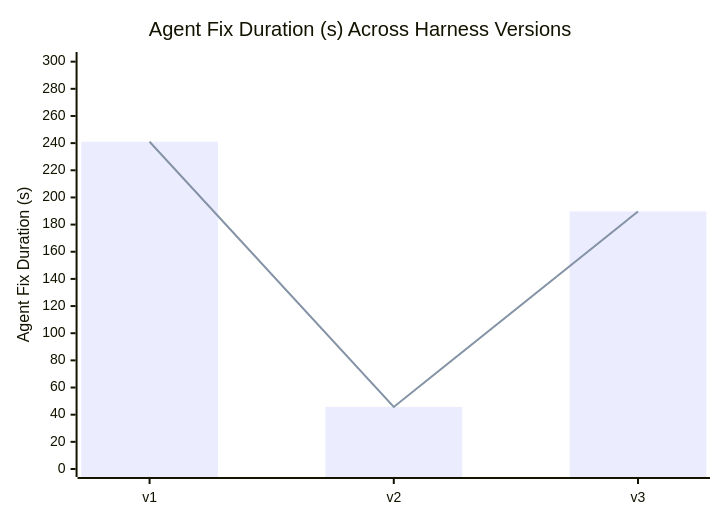
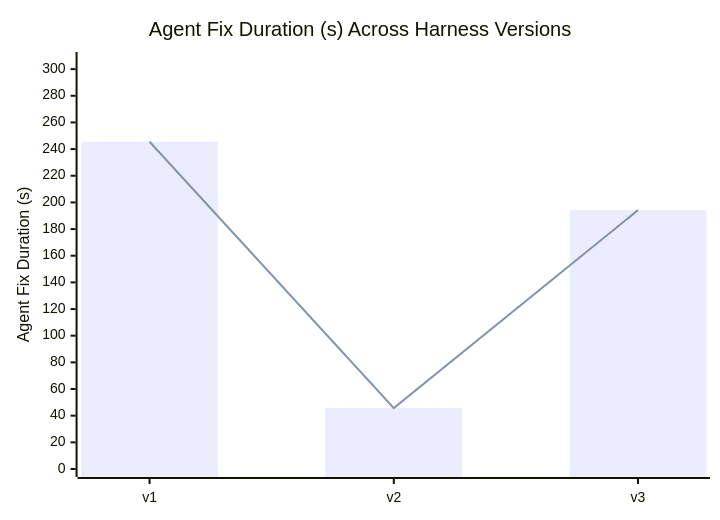
One commit to denizin42/cs440-lab6-thealgorithms-contrib changed the diagram in PERFORMANCE_REPORT.md. Above: the diagram before and after it, drawn with Mermaid. The commit also changed other lines of this file and 5 other files, not shown here.

````diff
--- a/PERFORMANCE_REPORT.md
+++ b/PERFORMANCE_REPORT.md
@@ -21,8 +21,8 @@
 ```mermaid
 xychart-beta
     title "Agent Fix Duration (s) Across Harness Versions"
     x-axis ["v1", "v2", "v3"]
-    y-axis "Agent Fix Duration (s)" 0 --> 301.22
-    bar [240.975, 45.724, 189.699]
-    line [240.975, 45.724, 189.699]
+    y-axis "Agent Fix Duration (s)" 0 --> 306.84
+    bar [245.475, 45.724, 194.199]
+    line [245.475, 45.724, 194.199]
 ```
````
